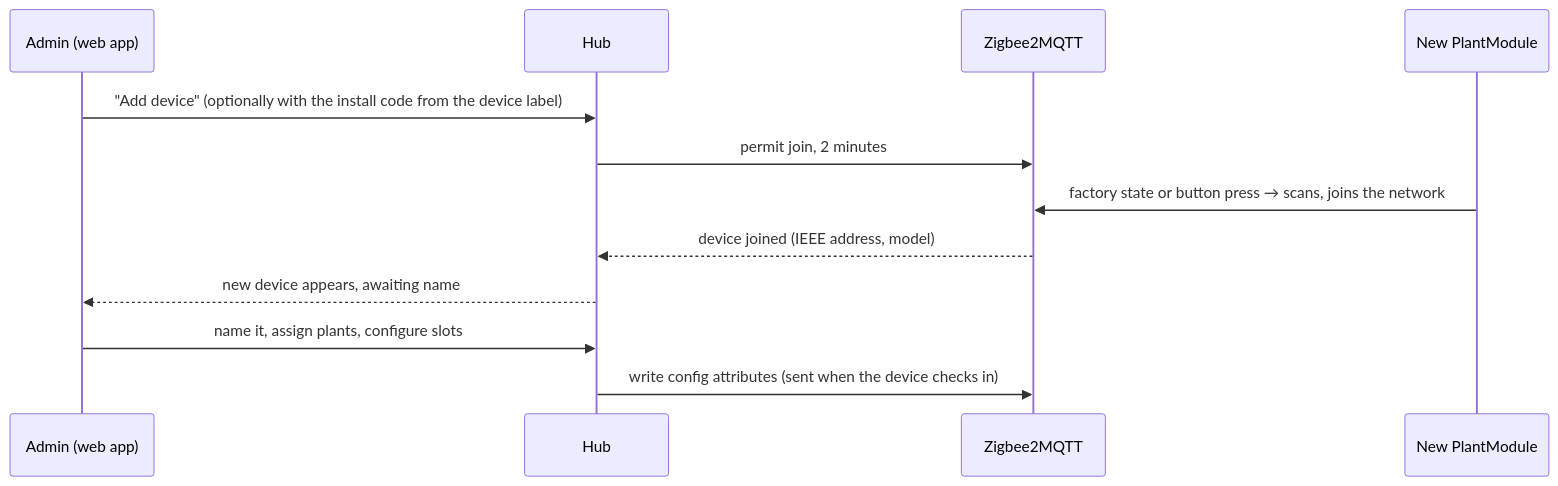
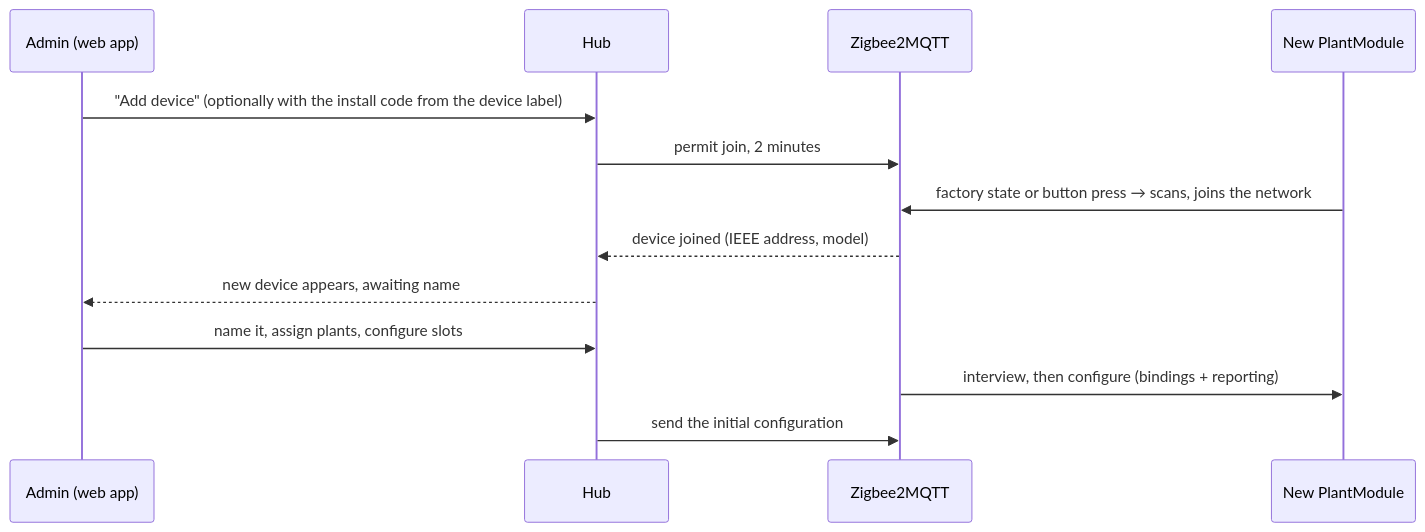
One commit to Hansom17/MoistureController changed the second of 8 diagrams in PROJECT.md. Above: the diagram before and after it, drawn with Mermaid. The commit also changed other lines of this file and 6 other files, not shown here.

````diff
--- a/PROJECT.md
+++ b/PROJECT.md
@@ -121,15 +121,16 @@
 ```mermaid
 sequenceDiagram
     participant A as Admin (web app)
     participant H as Hub
     participant Z as Zigbee2MQTT
     participant D as New PlantModule
 
     A->>H: "Add device" (optionally with the install code from the device label)
     H->>Z: permit join, 2 minutes
     D->>Z: factory state or button press → scans, joins the network
     Z-->>H: device joined (IEEE address, model)
     H-->>A: new device appears, awaiting name
     A->>H: name it, assign plants, configure slots
-    H->>Z: write config attributes (sent when the device checks in)
+    Z->>D: interview, then configure (bindings + reporting)
+    H->>Z: send the initial configuration
 ```
````
